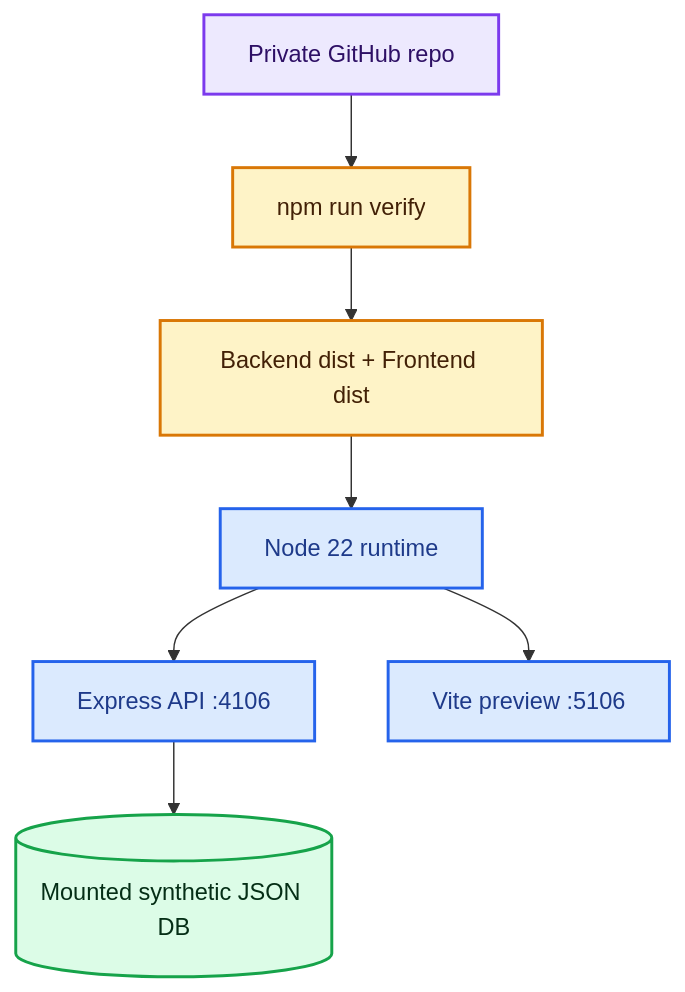
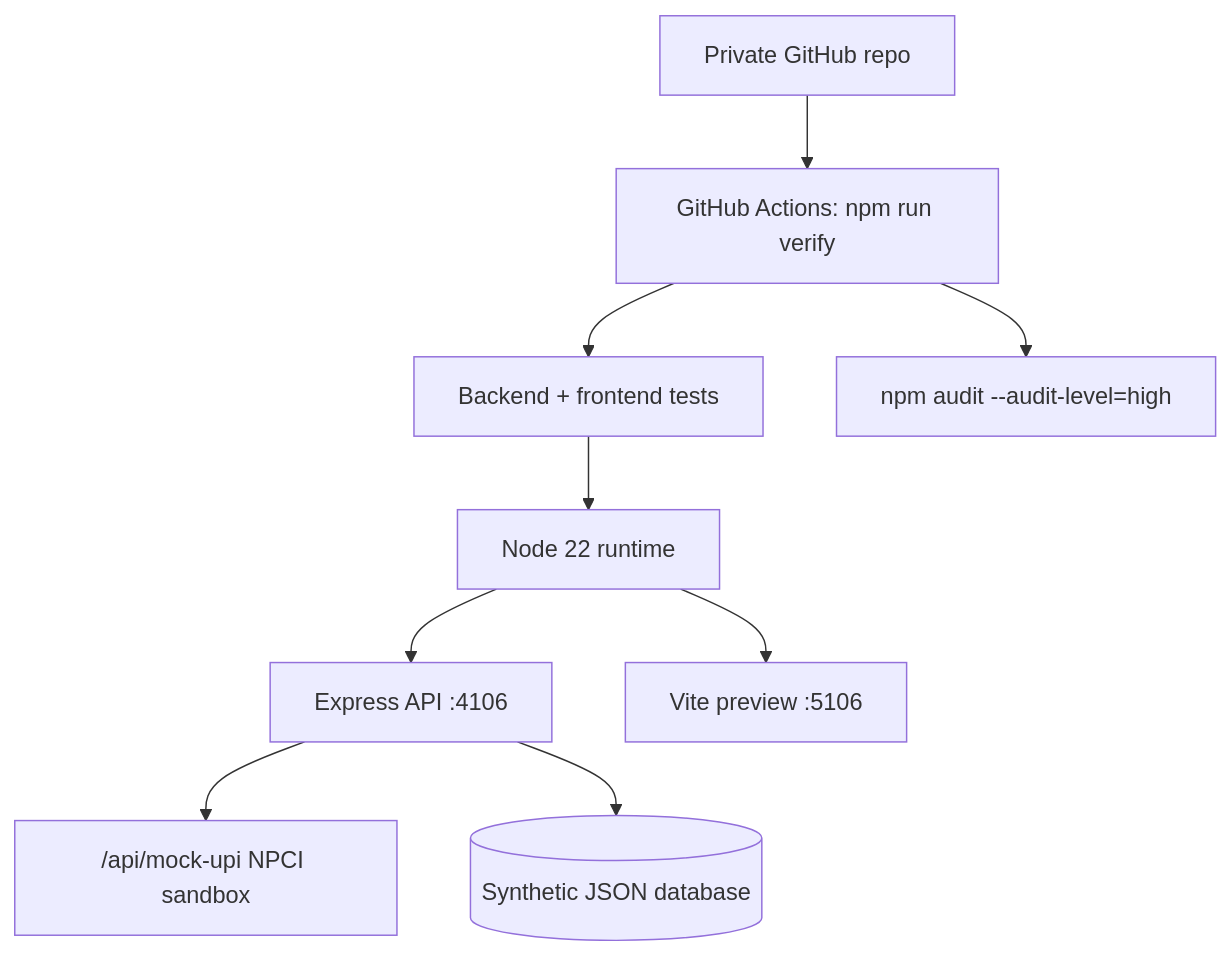
Before and after one commit to jprbom/upi-cognitive-spend-brake: the third of 3 diagrams in docs/DIAGRAMS.md, drawn with Mermaid. The commit also changed other lines of this file and 15 other files, not shown here.

Commit message:
feat: wire working demo flows and mock UPI rail

```diff
--- a/docs/DIAGRAMS.md
+++ b/docs/DIAGRAMS.md
@@ -76,14 +50,11 @@
 ~~~mermaid
 flowchart TB
-  Repo["Private GitHub repo"]:::repo --> CI["npm run verify"]:::ci
-  CI --> Build["Backend dist + Frontend dist"]:::ci
-  Build --> Runtime["Node 22 runtime"]:::runtime
-  Runtime --> Backend["Express API :4106"]:::runtime
-  Runtime --> Frontend["Vite preview :5106"]:::runtime
-  Backend --> DB[("Mounted synthetic JSON DB")]:::data
-
-  classDef repo fill:#ede9fe,stroke:#7c3aed,stroke-width:2px,color:#2e1065
-  classDef ci fill:#fef3c7,stroke:#d97706,stroke-width:2px,color:#422006
-  classDef runtime fill:#dbeafe,stroke:#2563eb,stroke-width:2px,color:#1e3a8a
-  classDef data fill:#dcfce7,stroke:#16a34a,stroke-width:2px,color:#052e16
+  Repo["Private GitHub repo"] --> CI["GitHub Actions: npm run verify"]
+  CI --> Tests["Backend + frontend tests"]
+  CI --> Audit["npm audit --audit-level=high"]
+  Tests --> Runtime["Node 22 runtime"]
+  Runtime --> Backend["Express API :4106"]
+  Runtime --> Frontend["Vite preview :5106"]
+  Backend --> Mock["/api/mock-upi NPCI sandbox"]
+  Backend --> DB[("Synthetic JSON database")]
 ~~~
```
